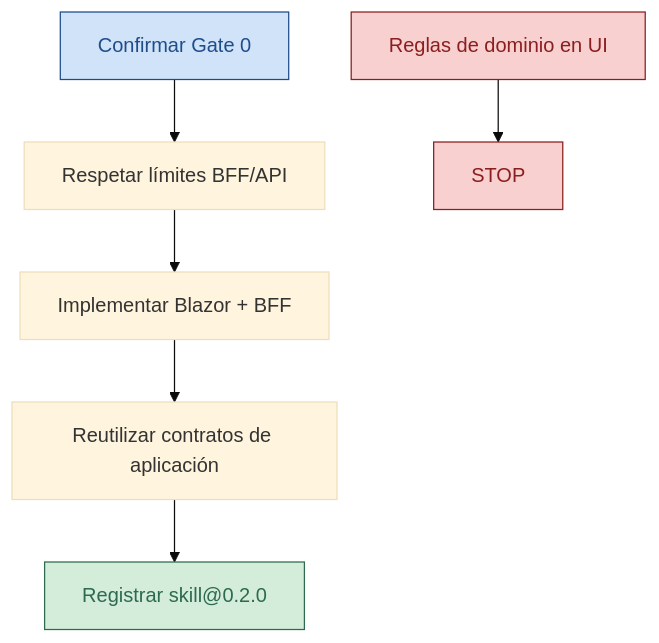
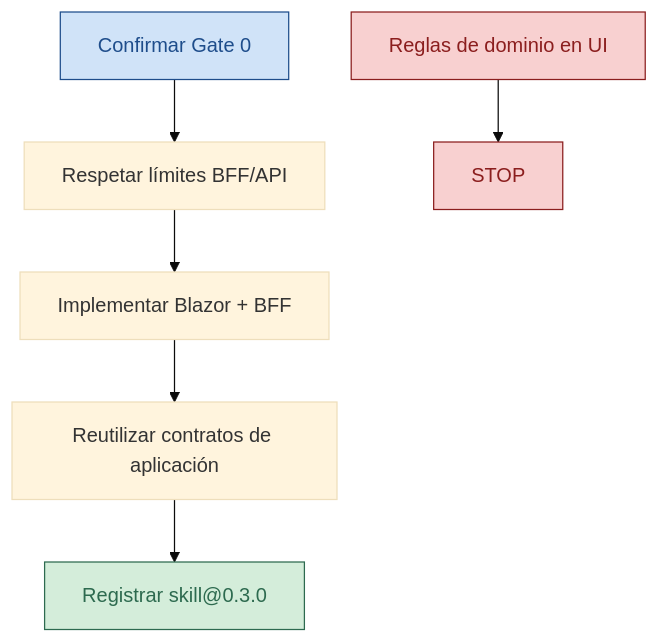
Before and after one commit to Cyberdine-Systems-Corporation/sdaf-stack-dotnet: the diagram in skills/blazor-bff-slice/SKILL.md, drawn with Mermaid (base theme). The commit also changed other lines of this file and 57 other files, not shown here.

````diff
--- a/skills/blazor-bff-slice/SKILL.md
+++ b/skills/blazor-bff-slice/SKILL.md
@@ -39,18 +39,18 @@
 ```mermaid
 flowchart TD
   g0[Confirmar Gate 0] --> adr[Respetar límites BFF/API]
   adr --> ui[Implementar Blazor + BFF]
   ui --> reuse[Reutilizar contratos de aplicación]
-  reuse --> wl[Registrar skill@0.2.0]
+  reuse --> wl[Registrar skill@0.3.0]
   domainUi[Reglas de dominio en UI] --> stop[STOP]
 
   classDef stop fill:#f8d0d0,stroke:#8b1e1e,color:#8b1e1e
   classDef ok fill:#d4edda,stroke:#2d6a4f,color:#2d6a4f
   classDef stub fill:#e9ecef,stroke:#6c757d,color:#6c757d
   classDef core fill:#d0e3f8,stroke:#1e4d8b,color:#1e4d8b
 
   class stop stop
   class wl ok
   class g0 core
   class domainUi stop
 ```
````
